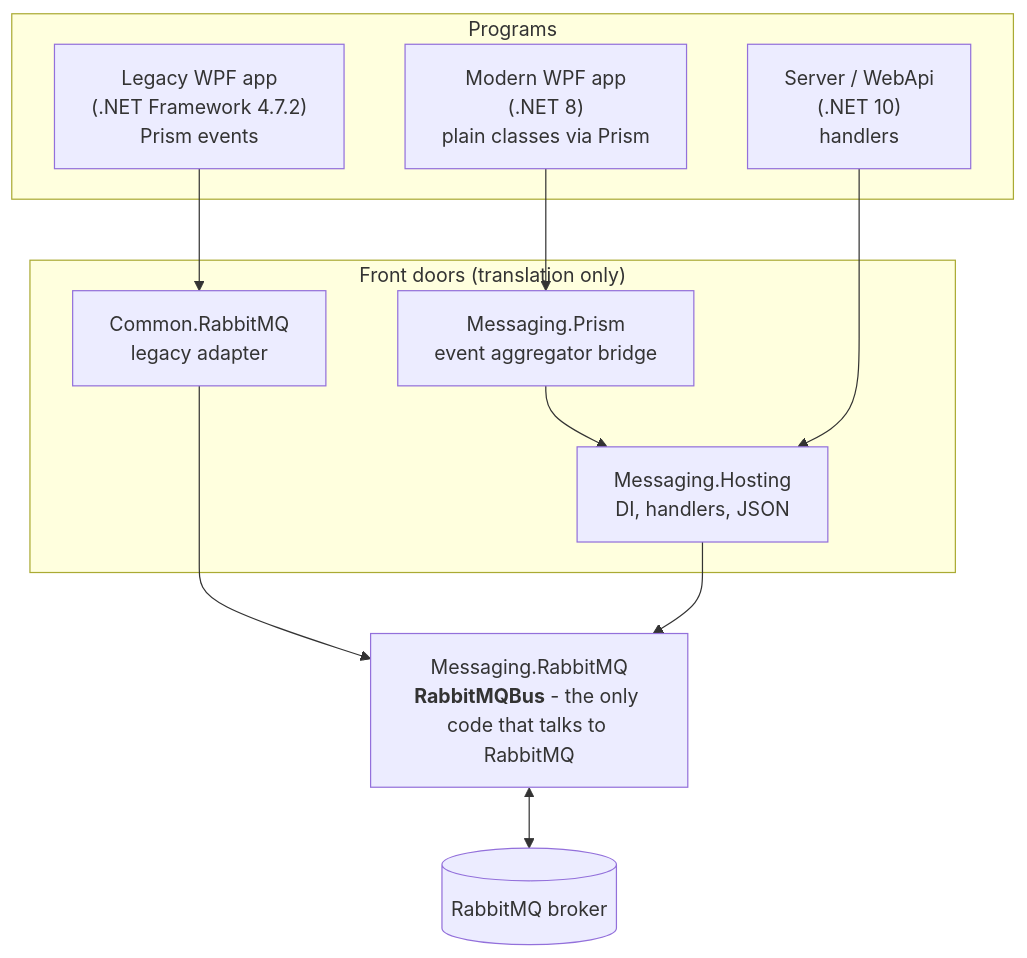
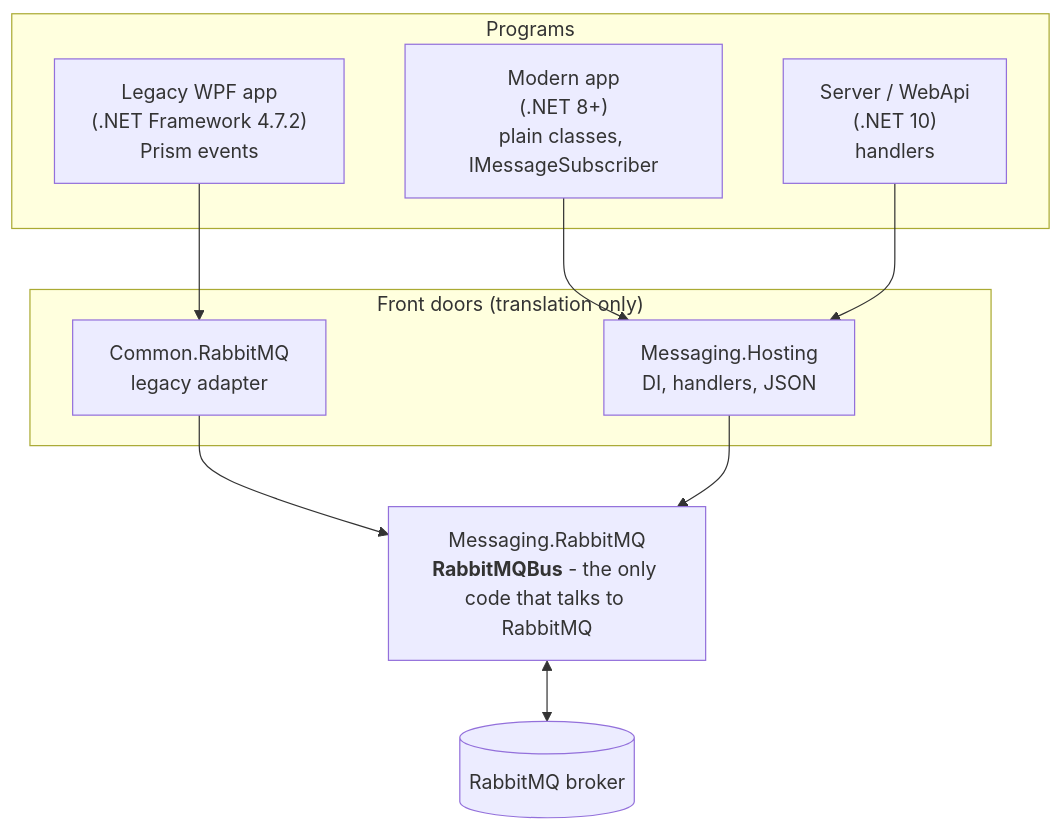
One commit to ncowine/CleanArchitecture changed the first of 3 diagrams in docs/messaging/README.md. Above: the diagram before and after it, drawn with Mermaid. The commit also changed other lines of this file and 24 other files, not shown here.

First line of the commit message:
refactor(messaging)!: remove Messaging.Prism

````diff
--- a/docs/messaging/README.md
+++ b/docs/messaging/README.md
@@ -112,19 +112,18 @@
 ```mermaid
 flowchart TB
     subgraph Apps["Programs"]
         L["Legacy WPF app<br/>(.NET Framework 4.7.2)<br/>Prism events"]
-        M["Modern WPF app<br/>(.NET 8)<br/>plain classes via Prism"]
+        M["Modern app<br/>(.NET 8+)<br/>plain classes, IMessageSubscriber"]
         S["Server / WebApi<br/>(.NET 10)<br/>handlers"]
     end
     subgraph FrontDoors["Front doors (translation only)"]
         A["Common.RabbitMQ<br/>legacy adapter"]
-        P["Messaging.Prism<br/>event aggregator bridge"]
         H["Messaging.Hosting<br/>DI, handlers, JSON"]
     end
     Core["Messaging.RabbitMQ<br/><b>RabbitMQBus</b> - the only code that talks to RabbitMQ"]
     B[("RabbitMQ broker")]
     L --> A --> Core
-    M --> P --> H
+    M --> H
     S --> H --> Core
     Core <--> B
 ```
````
